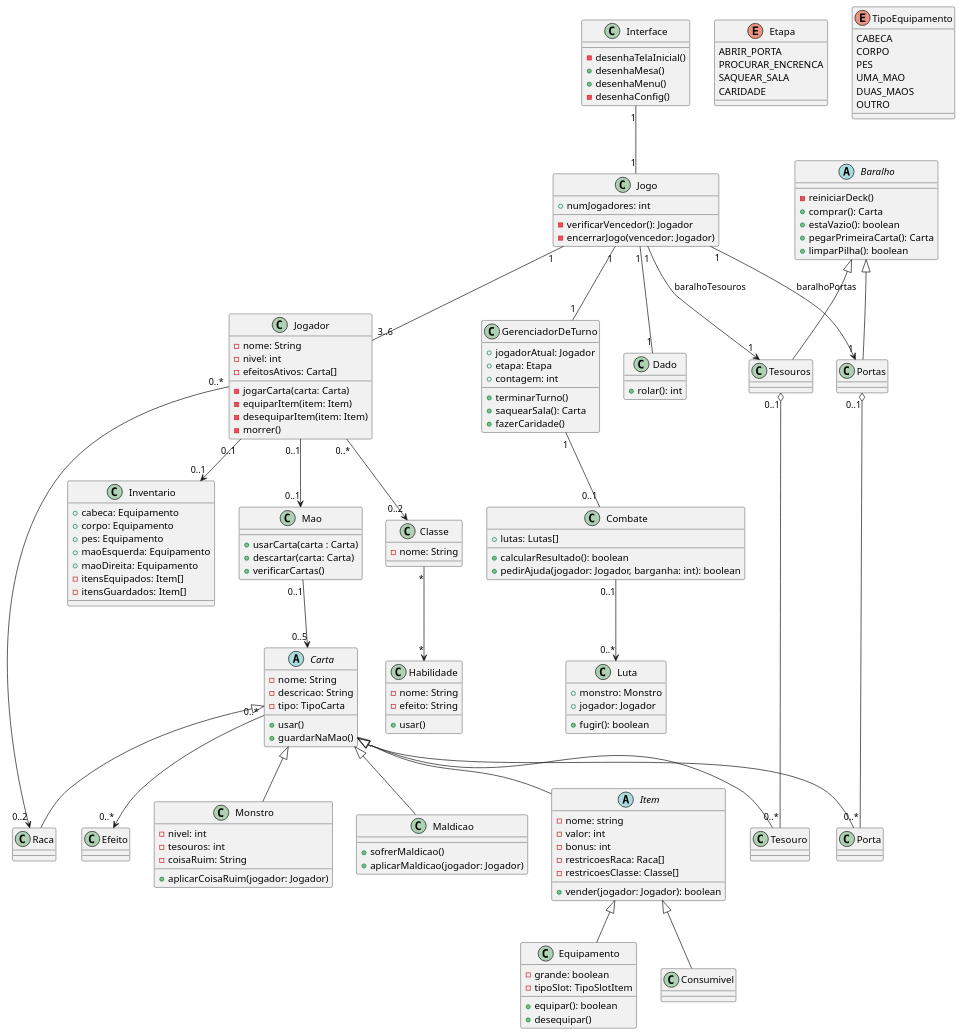
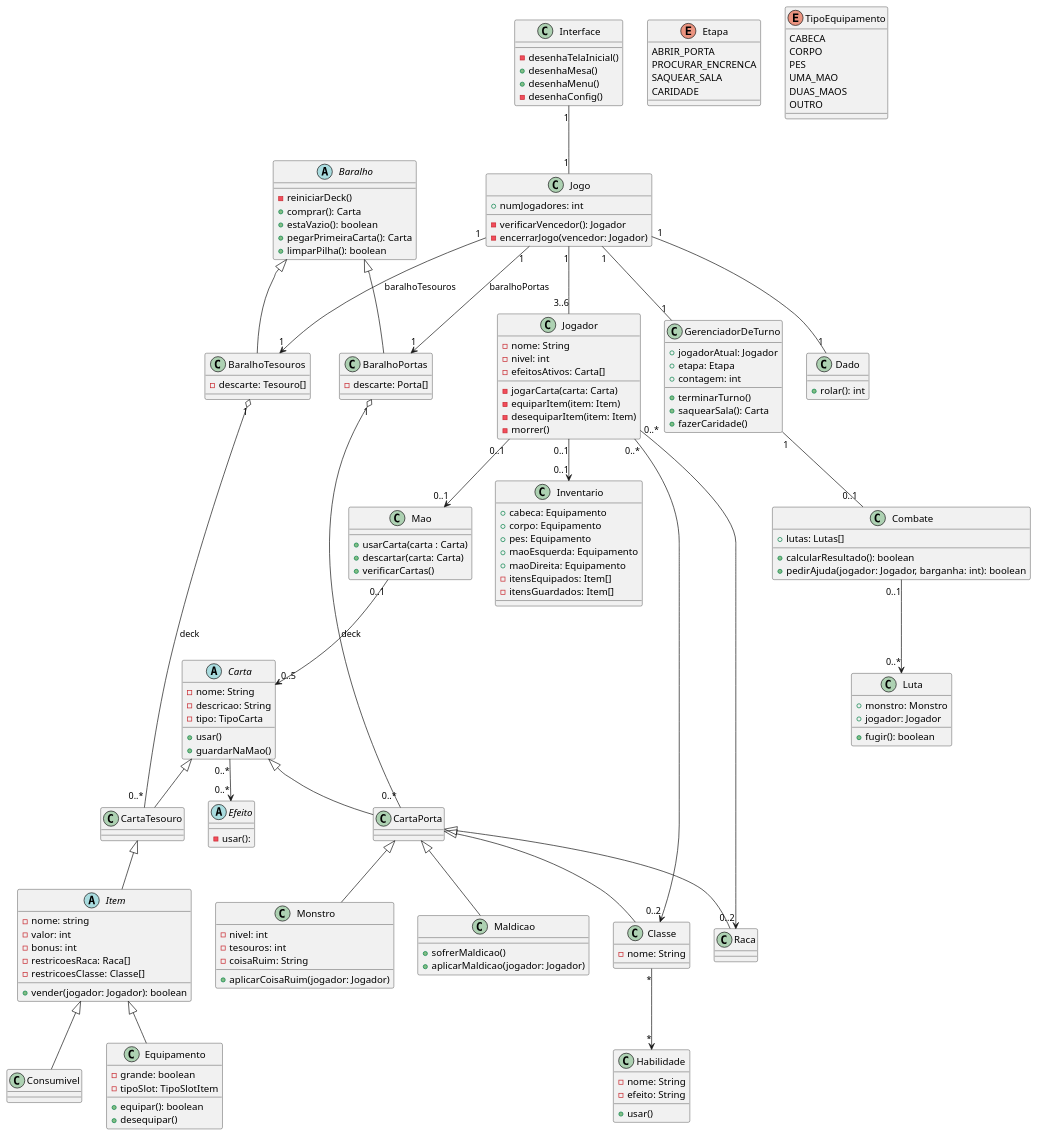
One commit to sricardov/munchkin-ps changed the diagram in src/diagrams/diagrama-de-classes.puml. Above: the diagram before and after it, drawn with PlantUML. The commit also changed 2 other files, not shown here.

```diff
--- a/src/diagrams/diagrama-de-classes.puml
+++ b/src/diagrams/diagrama-de-classes.puml
@@ -1,181 +1,181 @@
 @startuml
 class Interface {
   - desenhaTelaInicial()
   + desenhaMesa()
   + desenhaMenu()
   - desenhaConfig()
 }
 
 class Jogo {
   + numJogadores: int
   - verificarVencedor(): Jogador
   - encerrarJogo(vencedor: Jogador)
 }
 
 class Dado {
   + rolar(): int
 }
 
 class Jogador {
   - nome: String
   - nivel: int
   - efeitosAtivos: Carta[]
   - jogarCarta(carta: Carta)
   - equiparItem(item: Item)
   - desequiparItem(item: Item)
   - morrer()
 }
 
 class GerenciadorDeTurno {
   + jogadorAtual: Jogador
   + etapa: Etapa
   + contagem: int
   + terminarTurno()
   + saquearSala(): Carta
   + fazerCaridade()
 }
 
 class Mao {
   + usarCarta(carta : Carta)
   + descartar(carta: Carta)
   + verificarCartas()
 }
 
 class Inventario {
   + cabeca: Equipamento
   + corpo: Equipamento
   + pes: Equipamento
   + maoEsquerda: Equipamento
   + maoDireita: Equipamento
   - itensEquipados: Item[]
   - itensGuardados: Item[]
 }
 
 class Luta {
   + monstro: Monstro
   + jogador: Jogador
   + fugir(): boolean
 }
 
 class Combate {
   + lutas: Lutas[]
   + calcularResultado(): boolean
   + pedirAjuda(jogador: Jogador, barganha: int): boolean
 }
 
-class Efeito {
-
+abstract class Efeito {
+ - usar():
 }
 
 enum Etapa {
   ABRIR_PORTA
   PROCURAR_ENCRENCA
   SAQUEAR_SALA
   CARIDADE
 }
 
 enum TipoEquipamento {
   CABECA
   CORPO
   PES
   UMA_MAO
   DUAS_MAOS
   OUTRO
 }
 
 abstract class Carta {
   - nome: String
   - descricao: String
   - tipo: TipoCarta
   + usar()
   + guardarNaMao()
 }
 
-class Monstro extends Carta {
+class Monstro extends CartaPorta {
   - nivel: int
   - tesouros: int
   - coisaRuim: String
   + aplicarCoisaRuim(jogador: Jogador)
 }
 
-class Maldicao extends Carta {
+class Maldicao extends CartaPorta {
   + sofrerMaldicao()
   + aplicarMaldicao(jogador: Jogador)
 }
 
-abstract class Item extends Carta {
+abstract class Item extends CartaTesouro {
   - nome: string
   - valor: int
   - bonus: int
   - restricoesRaca: Raca[]
   - restricoesClasse: Classe[]
   + vender(jogador: Jogador): boolean
 }
 
 class Equipamento extends Item {
   - grande: boolean
   - tipoSlot: TipoSlotItem
   + equipar(): boolean
   + desequipar()
 }
 
 class Consumivel extends Item {
 
 }
 
 abstract class Baralho {
   - reiniciarDeck()
   + comprar(): Carta
   + estaVazio(): boolean
   + pegarPrimeiraCarta(): Carta
   + limparPilha(): boolean
 }
 
-class Portas extends Baralho {
+class BaralhoPortas extends Baralho {
+  - descarte: Porta[]
+}
+
+class BaralhoTesouros extends Baralho {
+  - descarte: Tesouro[]
+}
+
+class CartaPorta extends Carta {
 
 }
 
-class Tesouros extends Baralho {
+class CartaTesouro extends Carta {
 
 }
 
-class Porta extends Carta {
+class Raca extends CartaPorta {
 
 }
 
-class Tesouro extends Carta {
-
-}
-
-class Raca extends Carta {
-
-}
-
-class Classe {
+class Classe extends CartaPorta {
   - nome: String
 }
 
 class Habilidade {
   - nome: String
   - efeito: String
   + usar()
 }
 
 Interface "1" -- "1" Jogo
 Jogo "1" -- "3..6" Jogador
 Jogo "1" -- "1" Dado
 Jogo "1" -- "1" GerenciadorDeTurno
-Jogo "1" --> "1" Portas : baralhoPortas
-Jogo "1" --> "1" Tesouros : baralhoTesouros
+Jogo "1" --> "1" BaralhoPortas : baralhoPortas
+Jogo "1" --> "1" BaralhoTesouros : baralhoTesouros
 Jogador "0..1" --> "0..1" Mao
 Jogador "0..1" --> "0..1" Inventario
 GerenciadorDeTurno "1" -- "0..1" Combate
 Combate "0..1" --> "0..*" Luta
 Mao "0..1" --> "0..5" Carta
 Carta "0..*" --> "0..*" Efeito
 Jogador "0..*" --> "0..2" Raca
 Jogador "0..*" --> "0..2" Classe
 Classe "*" --> "*" Habilidade
-Portas "0..1" o-- "0..*" Porta
-Tesouros "0..1" o-- "0..*" Tesouro
+BaralhoPortas "1" o-- "0..*" CartaPorta : deck
+BaralhoTesouros "1" o-- "0..*" CartaTesouro : deck
 @enduml
```
